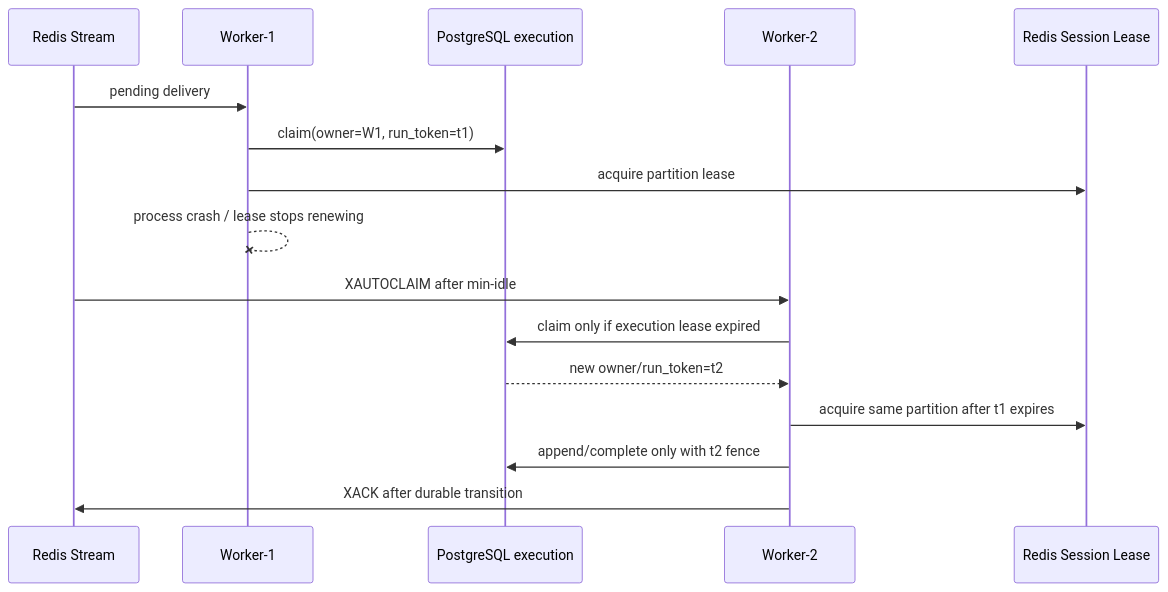
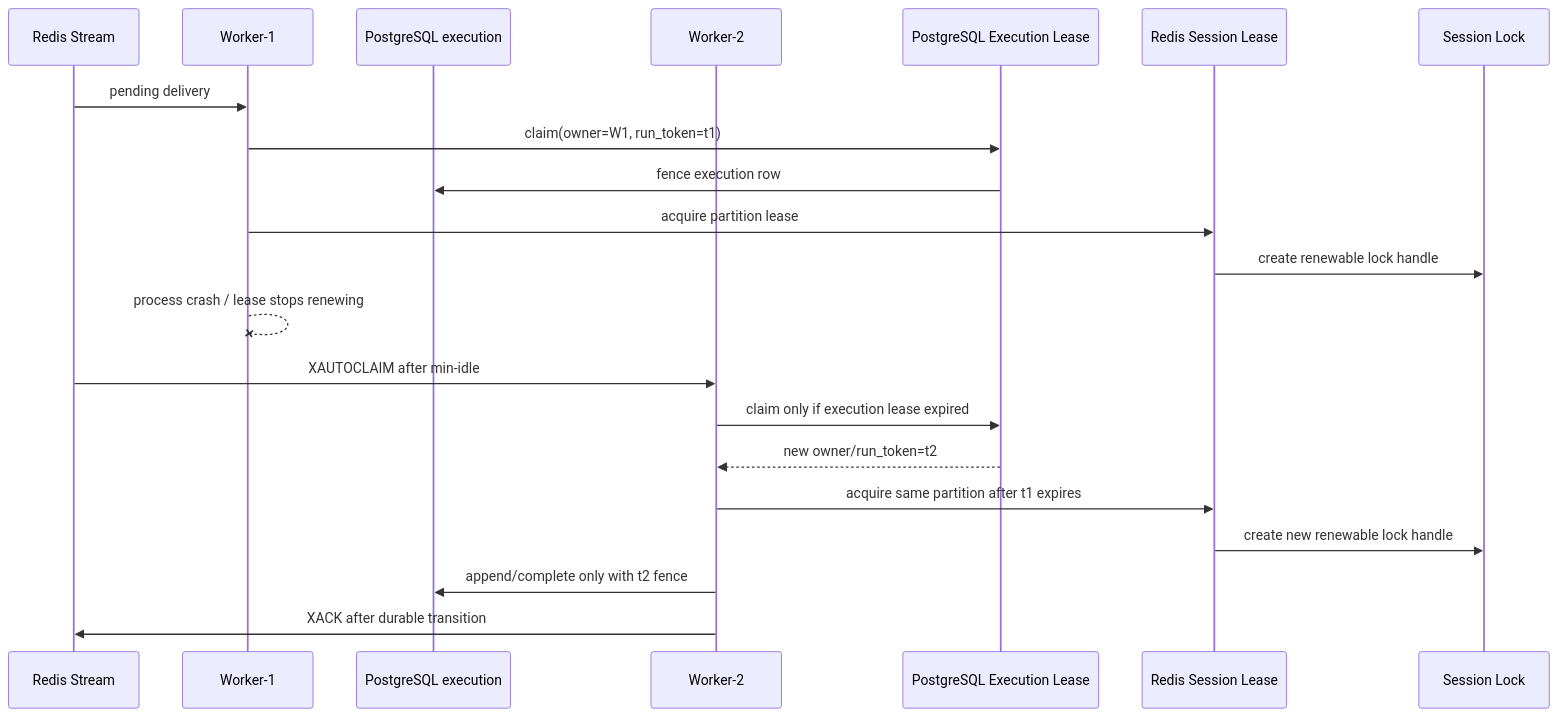
The second of 3 diagrams in docs/core-sequence.md (Yukua1/trpc-agent-service), drawn with Mermaid before and after one commit. The commit also changed other lines of this file and 47 other files, not shown here.

````diff
--- a/docs/core-sequence.md
+++ b/docs/core-sequence.md
@@ -83,18 +93,23 @@
 ```mermaid
 sequenceDiagram
   participant R as Redis Stream
   participant W1 as Worker-1
   participant DB as PostgreSQL execution
   participant W2 as Worker-2
-  participant S as Redis Session Lease
+  participant E as PostgreSQL Execution Lease
+  participant L as Redis Session Lease
+  participant S as Session Lock
   R->>W1: pending delivery
-  W1->>DB: claim(owner=W1, run_token=t1)
-  W1->>S: acquire partition lease
+  W1->>E: claim(owner=W1, run_token=t1)
+  E->>DB: fence execution row
+  W1->>L: acquire partition lease
+  L->>S: create renewable lock handle
   W1--xW1: process crash / lease stops renewing
   R->>W2: XAUTOCLAIM after min-idle
-  W2->>DB: claim only if execution lease expired
-  DB-->>W2: new owner/run_token=t2
-  W2->>S: acquire same partition after t1 expires
+  W2->>E: claim only if execution lease expired
+  E-->>W2: new owner/run_token=t2
+  W2->>L: acquire same partition after t1 expires
+  L->>S: create new renewable lock handle
   W2->>DB: append/complete only with t2 fence
   W2->>R: XACK after durable transition
 ```
````
